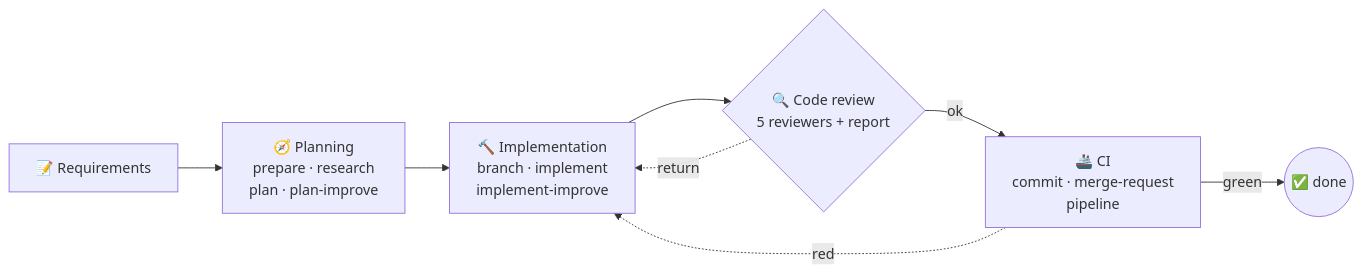
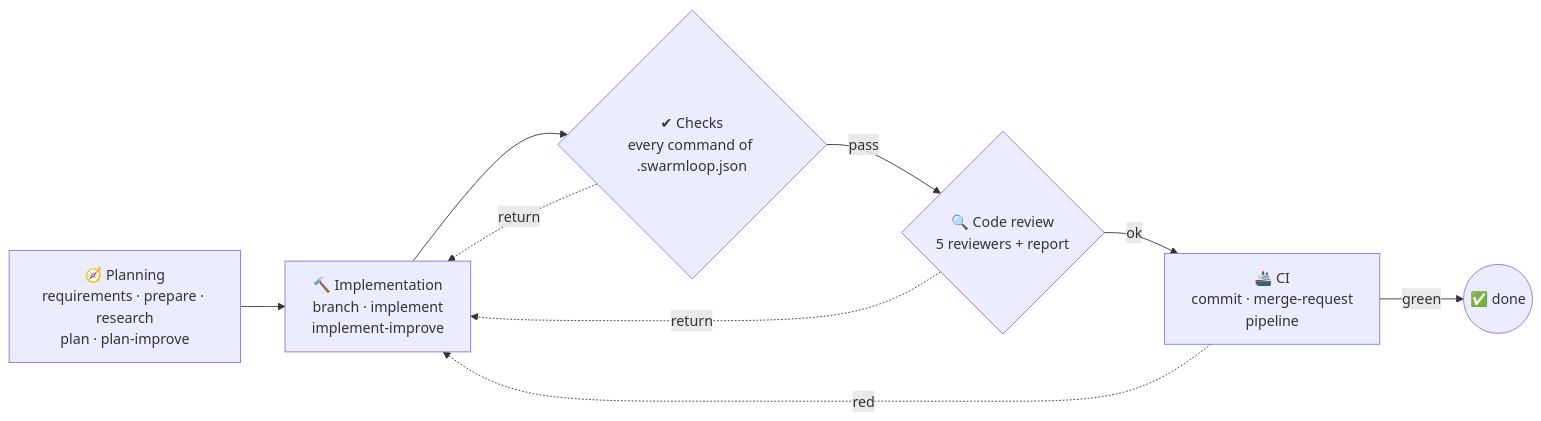
One commit to swarmloop/swarmloop changed the diagram in README.md. Above: the diagram before and after it, drawn with Mermaid. The commit also changed other lines of this file and 110 other files, not shown here.

Commit message:
feat(f09-mwbubahz): Fix f09: the server checks are their own step with its own phase, every command's full output and resources are kept, and a failure returns to implement like a review does

````diff
--- a/README.md
+++ b/README.md
@@ -226,10 +226,11 @@
 ```mermaid
 flowchart LR
-  R["📝 Requirements"] --> P["🧭 Planning<br/>prepare · research<br/>plan · plan-improve"]
-  P --> I["🔨 Implementation<br/>branch · implement<br/>implement-improve"]
-  I --> C{"🔍 Code review<br/>5 reviewers + report"}
+  P["🧭 Planning<br/>requirements · prepare · research<br/>plan · plan-improve"] --> I["🔨 Implementation<br/>branch · implement<br/>implement-improve"]
+  I --> K{"✔ Checks<br/>every command of .swarmloop.json"}
+  K -- pass --> C{"🔍 Code review<br/>5 reviewers + report"}
+  K -. return .-> I
   C -- ok --> D["🚢 CI<br/>commit · merge-request<br/>pipeline"]
   C -. return .-> I
   D -. red .-> I
   D -- green --> E(("✅ done"))
 ```
````
